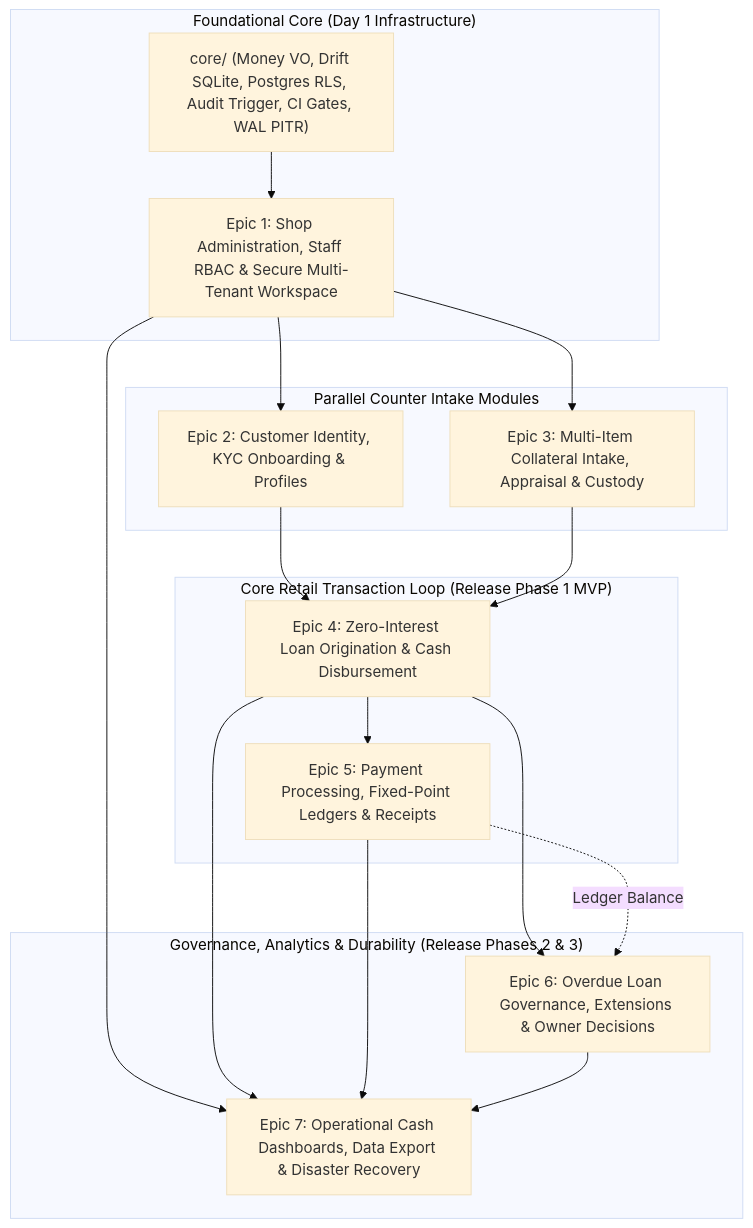
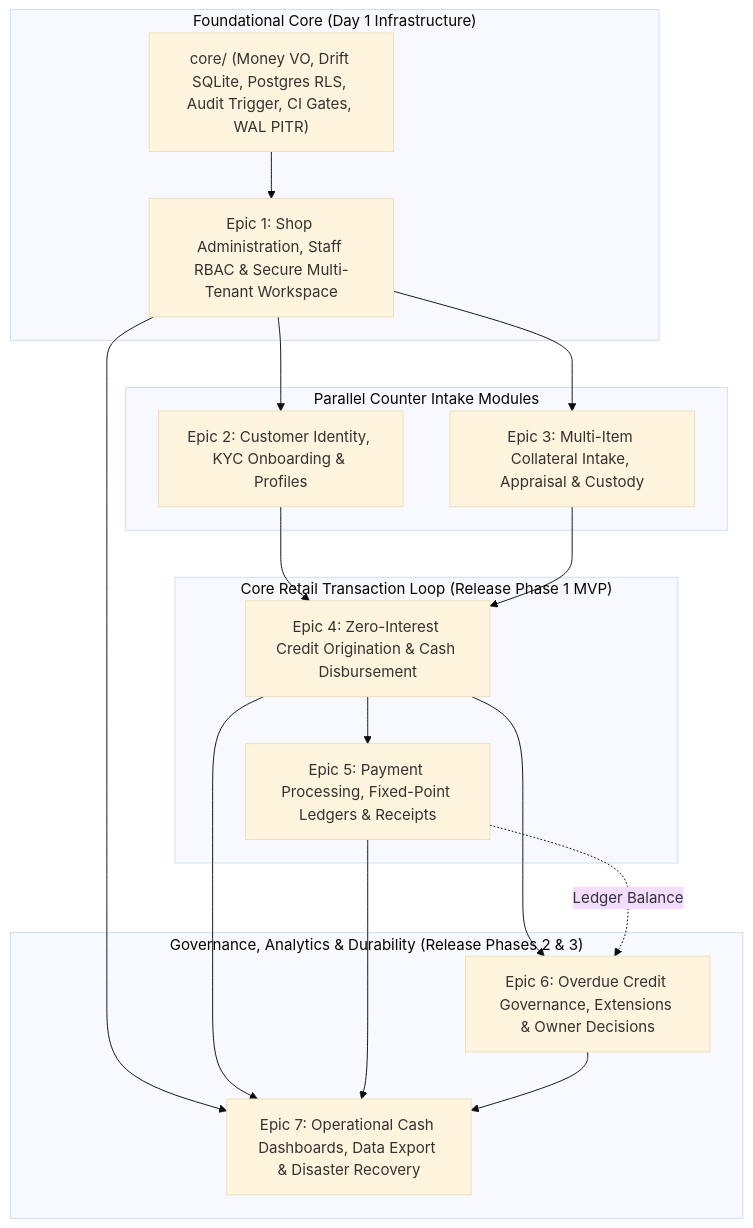
Before and after one commit to rislanraheek7777-hash/credit_system: the diagram in _bmad-output/planning-artifacts/epics.md, drawn with Mermaid (base theme). The commit also changed other lines of this file and 286 other files, not shown here.

First line of the commit message:
refactor(core): rename loan terminology to credit and add new feature surfaces

````diff
--- a/_bmad-output/planning-artifacts/epics.md
+++ b/_bmad-output/planning-artifacts/epics.md
@@ -136,35 +136,35 @@
 ```mermaid
 flowchart TD
     subgraph Foundation ["Foundational Core (Day 1 Infrastructure)"]
         CORE["core/ (Money VO, Drift SQLite, Postgres RLS, Audit Trigger, CI Gates, WAL PITR)"]
         E1["Epic 1: Shop Administration, Staff RBAC & Secure Multi-Tenant Workspace"]
         CORE --> E1
     end
 
     subgraph ParallelIntake ["Parallel Counter Intake Modules"]
         E2["Epic 2: Customer Identity, KYC Onboarding & Profiles"]
         E3["Epic 3: Multi-Item Collateral Intake, Appraisal & Custody"]
     end
 
     subgraph CoreTransactionLoop ["Core Retail Transaction Loop (Release Phase 1 MVP)"]
-        E4["Epic 4: Zero-Interest Loan Origination & Cash Disbursement"]
+        E4["Epic 4: Zero-Interest Credit Origination & Cash Disbursement"]
         E5["Epic 5: Payment Processing, Fixed-Point Ledgers & Receipts"]
     end
 
     subgraph GovernanceAnalytics ["Governance, Analytics & Durability (Release Phases 2 & 3)"]
-        E6["Epic 6: Overdue Loan Governance, Extensions & Owner Decisions"]
+        E6["Epic 6: Overdue Credit Governance, Extensions & Owner Decisions"]
         E7["Epic 7: Operational Cash Dashboards, Data Export & Disaster Recovery"]
     end
 
     E1 --> E2
     E1 --> E3
     E2 --> E4
     E3 --> E4
     E4 --> E5
     E4 --> E6
     E5 -.->|Ledger Balance| E6
     E1 --> E7
     E4 --> E7
     E5 --> E7
     E6 --> E7
 ```
````
